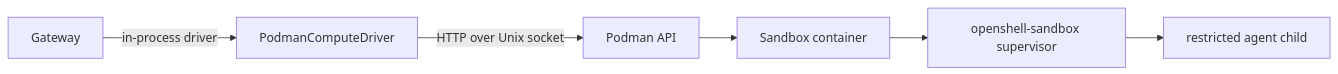
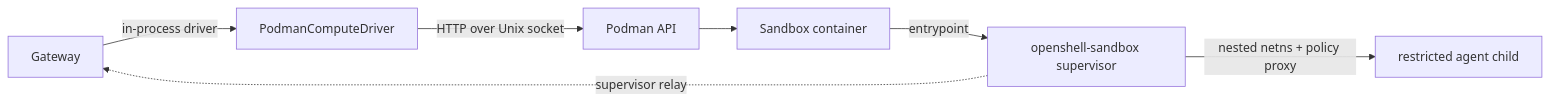
One commit to NVIDIA/OpenShell changed the diagram in crates/openshell-driver-podman/README.md. Above: the diagram before and after it, drawn with Mermaid. The commit also changed other lines of this file and 1 other file, not shown here.

Commit message:
docs(podman): restore driver architecture details

````diff
--- a/crates/openshell-driver-podman/README.md
+++ b/crates/openshell-driver-podman/README.md
@@ -13,8 +30,9 @@
 ```mermaid
 flowchart LR
     GW["Gateway"] -->|"in-process driver"| D["PodmanComputeDriver"]
     D -->|"HTTP over Unix socket"| P["Podman API"]
     P --> C["Sandbox container"]
-    C --> S["openshell-sandbox supervisor"]
-    S --> A["restricted agent child"]
+    C -->|"entrypoint"| S["openshell-sandbox supervisor"]
+    S -->|"nested netns + policy proxy"| A["restricted agent child"]
+    S -.->|"supervisor relay"| GW
 ```
````
